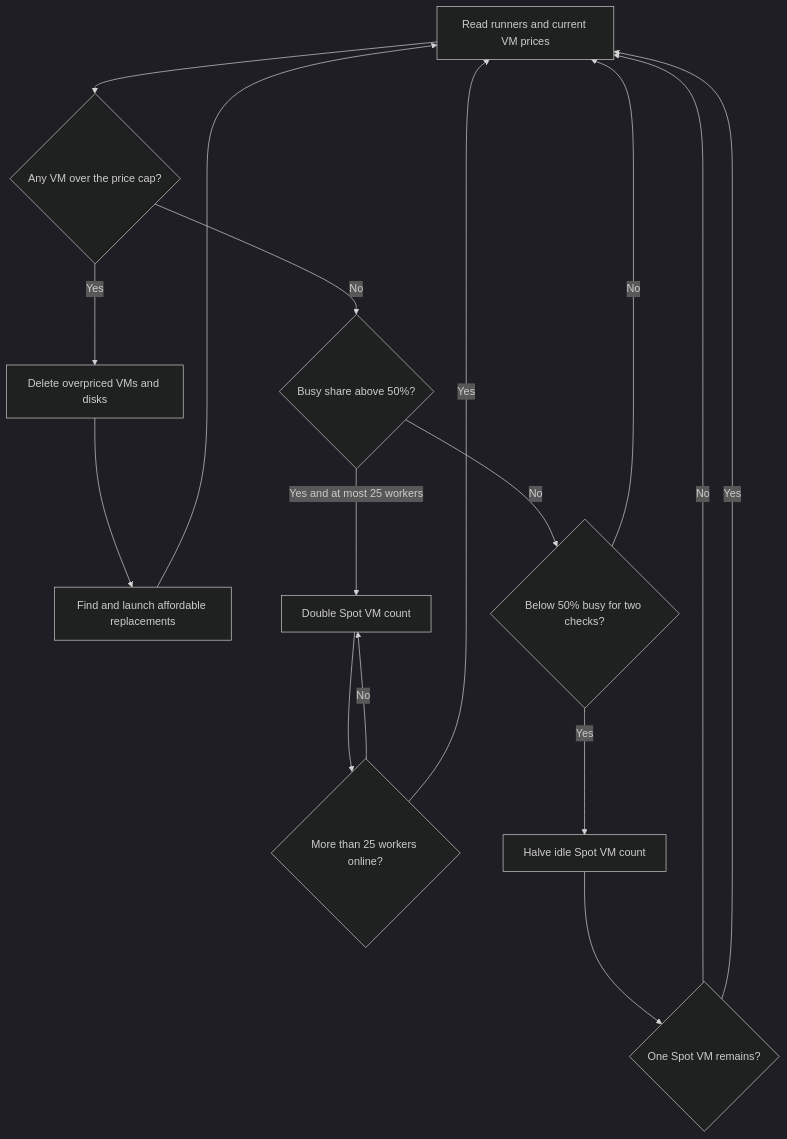
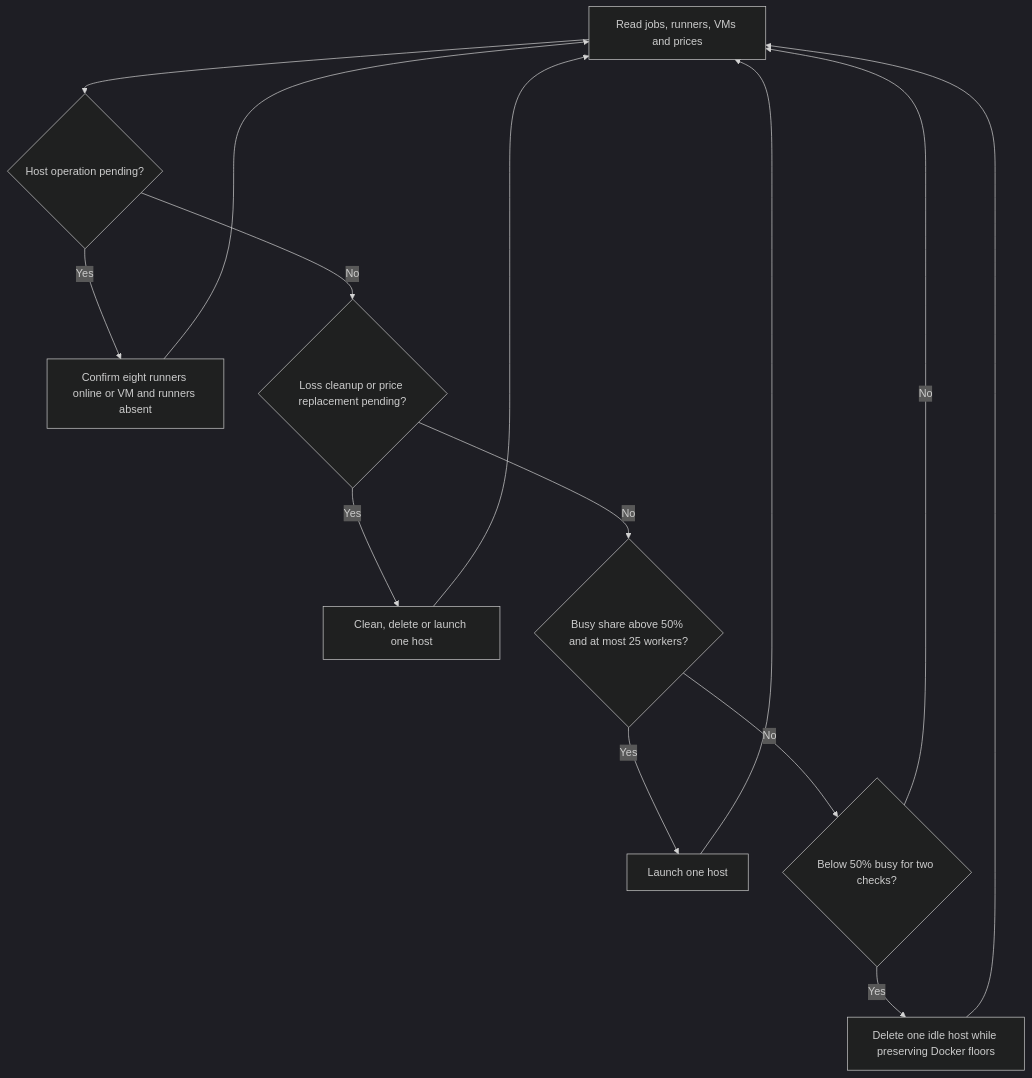
The diagram in README.md (TheDancingDeveloper-org/spot-github-runners), drawn with Mermaid (dark theme) before and after one commit. The commit also changed other lines of this file and 12 other files, not shown here.

First line of the commit message:
Scale one confirmed host at a time and support newer Hyperdisk CPUs (#5)

````diff
--- a/README.md
+++ b/README.md
@@ -15,18 +15,16 @@
 ```mermaid
 flowchart TD
-    A[Read runners and current VM prices] --> P{Any VM over the price cap?}
-    P -- Yes --> R[Delete overpriced VMs and disks]
-    R --> S[Find and launch affordable replacements]
+    A[Read jobs, runners, VMs and prices] --> P{Host operation pending?}
+    P -- Yes --> W[Confirm eight runners online or VM and runners absent]
+    W --> A
+    P -- No --> R{Loss cleanup or price replacement pending?}
+    R -- Yes --> S[Clean, delete or launch one host]
     S --> A
-    P -- No --> B{Busy share above 50%?}
-    B -- Yes and at most 25 workers --> C[Double Spot VM count]
-    C --> D{More than 25 workers online?}
-    D -- No --> C
-    D -- Yes --> A
+    R -- No --> B{Busy share above 50% and at most 25 workers?}
+    B -- Yes --> C[Launch one host]
+    C --> A
     B -- No --> E{Below 50% busy for two checks?}
-    E -- Yes --> F[Halve idle Spot VM count]
-    F --> G{One Spot VM remains?}
-    G -- No --> A
-    G -- Yes --> A
+    E -- Yes --> F[Delete one idle host while preserving Docker floors]
+    F --> A
     E -- No --> A
 ```
````
